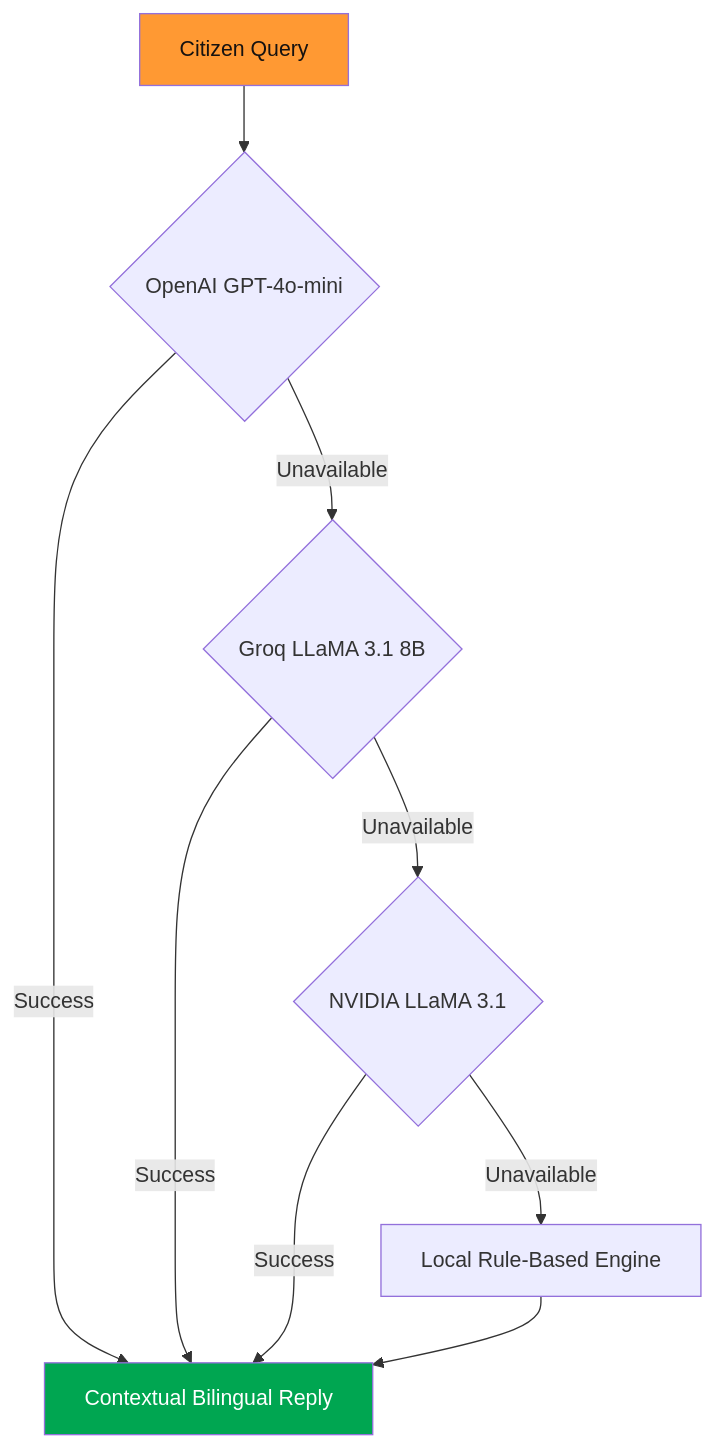
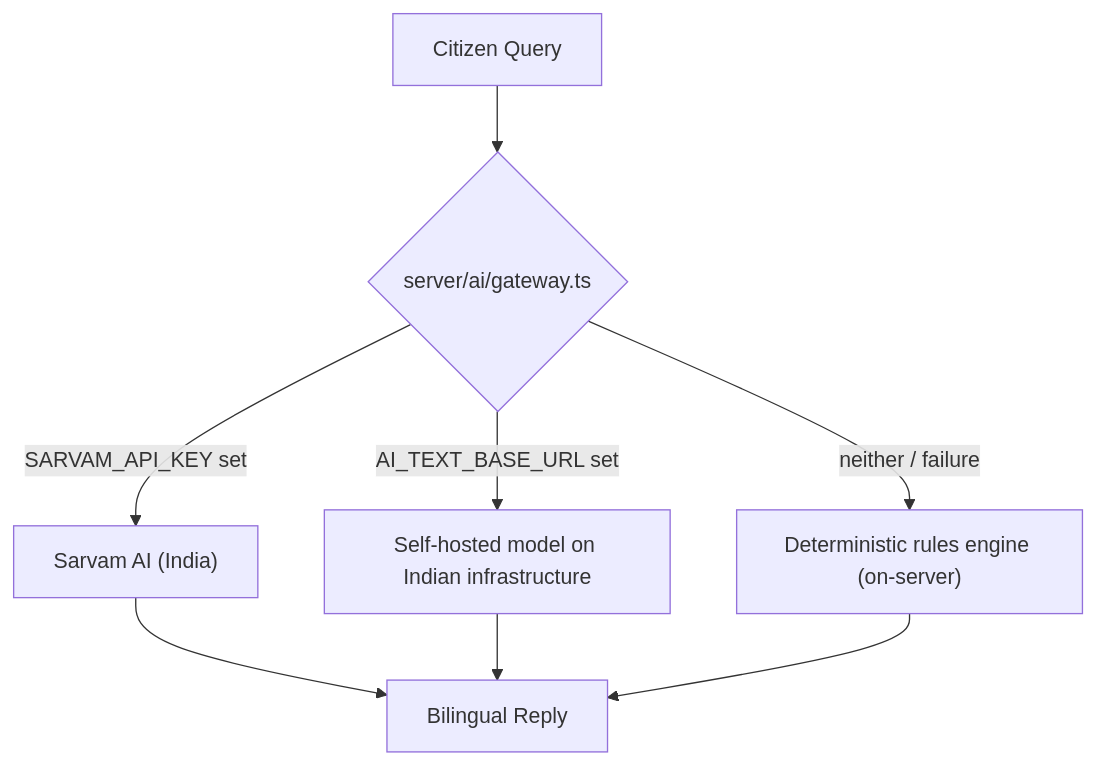
Before and after one commit to chilkotiKartik/sankalp-ai: the second of 3 diagrams in README.md, drawn with Mermaid. The commit also changed other lines of this file and 68 other files, not shown here.

````diff
--- a/README.md
+++ b/README.md
@@ -180,13 +180,10 @@
 ```mermaid
 flowchart TD
-    Q["Citizen Query"] --> T1{"OpenAI GPT-4o-mini"}
-    T1 -- Success --> R["Contextual Bilingual Reply"]
-    T1 -- Unavailable --> T2{"Groq LLaMA 3.1 8B"}
-    T2 -- Success --> R
-    T2 -- Unavailable --> T3{"NVIDIA LLaMA 3.1"}
-    T3 -- Success --> R
-    T3 -- Unavailable --> T4["Local Rule-Based Engine"]
+    Q["Citizen Query"] --> G{"server/ai/gateway.ts"}
+    G -- SARVAM_API_KEY set --> S["Sarvam AI (India)"]
+    G -- AI_TEXT_BASE_URL set --> H["Self-hosted model on Indian infrastructure"]
+    G -- neither / failure --> T4["Deterministic rules engine (on-server)"]
+    S --> R["Bilingual Reply"]
+    H --> R
     T4 --> R
-    style Q fill:#FF9933,color:#161210
-    style R fill:#00A651,color:#fff
 ```
````
